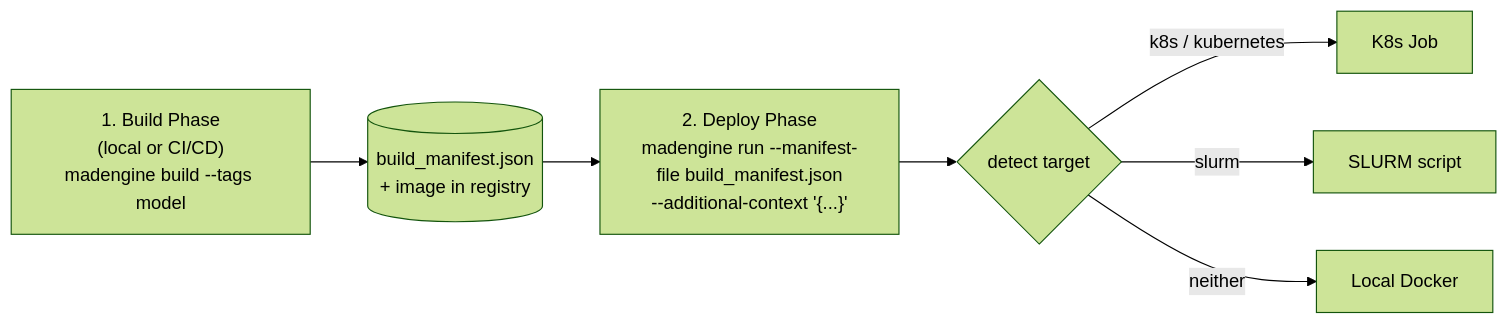
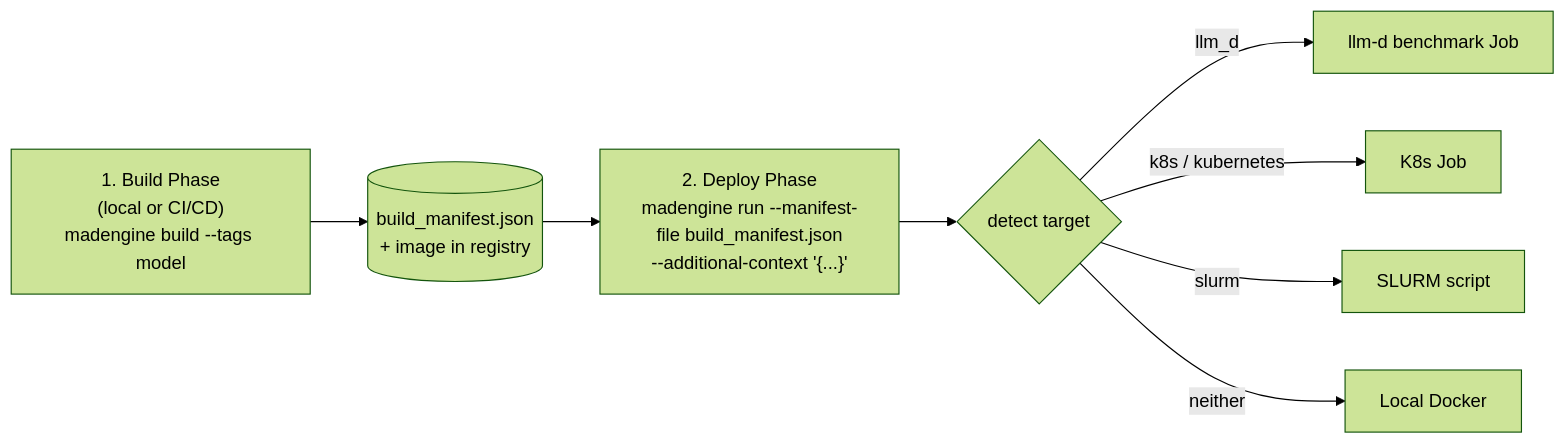
One commit to ROCm/madengine changed the first of 2 diagrams in docs/deployment.md. Above: the diagram before and after it, drawn with Mermaid (forest theme). The commit also changed other lines of this file and 22 other files, not shown here.

````diff
--- a/docs/deployment.md
+++ b/docs/deployment.md
@@ -18,9 +19,10 @@
 ```mermaid
 flowchart LR
     B["1. Build Phase<br/>(local or CI/CD)<br/>madengine build --tags model"] --> M[(build_manifest.json<br/>+ image in registry)]
     M --> D["2. Deploy Phase<br/>madengine run --manifest-file build_manifest.json<br/>--additional-context '{...}'"]
     D --> T{detect target}
+    T -->|llm_d| I[llm-d benchmark Job]
     T -->|k8s / kubernetes| K[K8s Job]
     T -->|slurm| S[SLURM script]
     T -->|neither| L[Local Docker]
 ```
````
